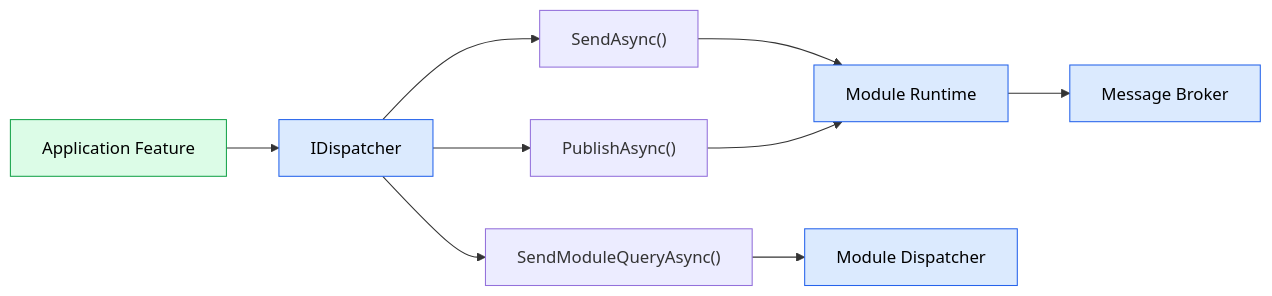
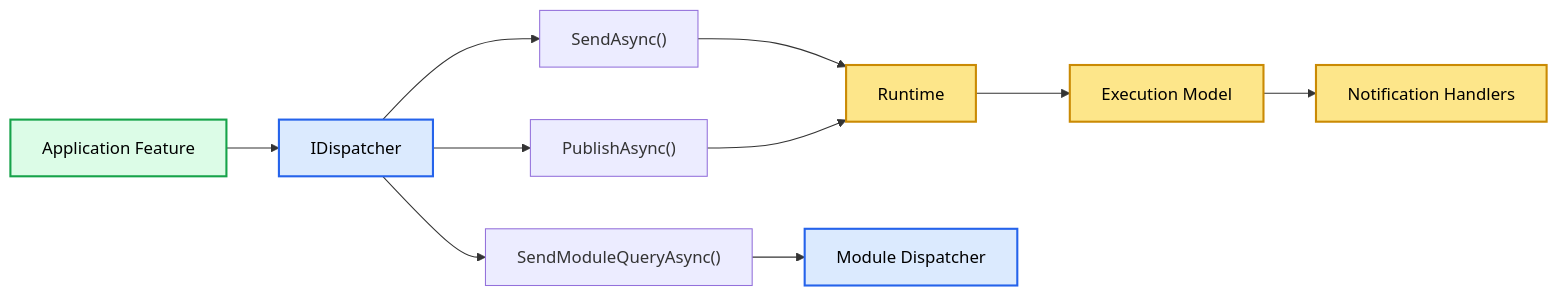
Before and after one commit to soufiane-rizk/Jobwize: the diagram in docs/adr/003-module-communication.md, drawn with Mermaid. The commit also changed other lines of this file and 9 other files, not shown here.

Commit message:
docs(adr): introduce custom module runtime and execution model architecture

````diff
--- a/docs/adr/003-module-communication.md
+++ b/docs/adr/003-module-communication.md
@@ -32,27 +34,29 @@
 ```mermaid
 flowchart LR
 
     Feature["Application Feature"]
 
     Feature --> Dispatcher["IDispatcher"]
 
     Dispatcher --> Send["SendAsync()"]
-
     Dispatcher --> Query["SendModuleQueryAsync()"]
-
     Dispatcher --> Publish["PublishAsync()"]
 
-    Send --> Runtime["Module Runtime"]
+    Send --> Runtime["Runtime"]
 
     Query --> ModuleDispatcher["Module Dispatcher"]
 
     Publish --> Runtime
 
-    Runtime --> Broker["Message Broker"]
+    Runtime --> Execution["Execution Model"]
 
-    classDef application fill:#dcfce7,stroke:#16a34a,color:#000;
-    classDef infrastructure fill:#dbeafe,stroke:#2563eb,color:#000;
+    Execution --> Local["Notification Handlers"]
+
+    classDef application fill:#dcfce7,stroke:#16a34a,color:#000,stroke-width:2px;
+    classDef infrastructure fill:#dbeafe,stroke:#2563eb,color:#000,stroke-width:2px;
+    classDef runtime fill:#fde68a,stroke:#ca8a04,color:#000,stroke-width:2px;
 
     class Feature application;
-    class Dispatcher,Runtime,ModuleDispatcher,Broker infrastructure;
+    class Dispatcher,ModuleDispatcher infrastructure;
+    class Runtime,Execution,Local runtime;
 ```
````
